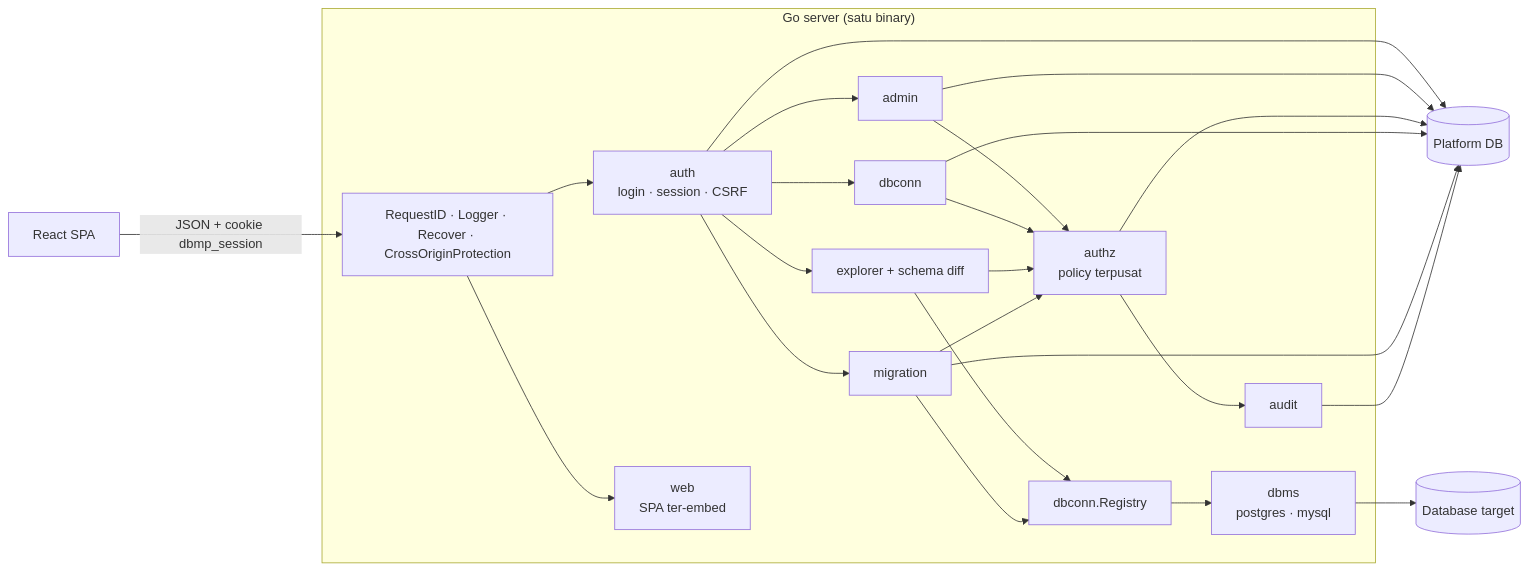
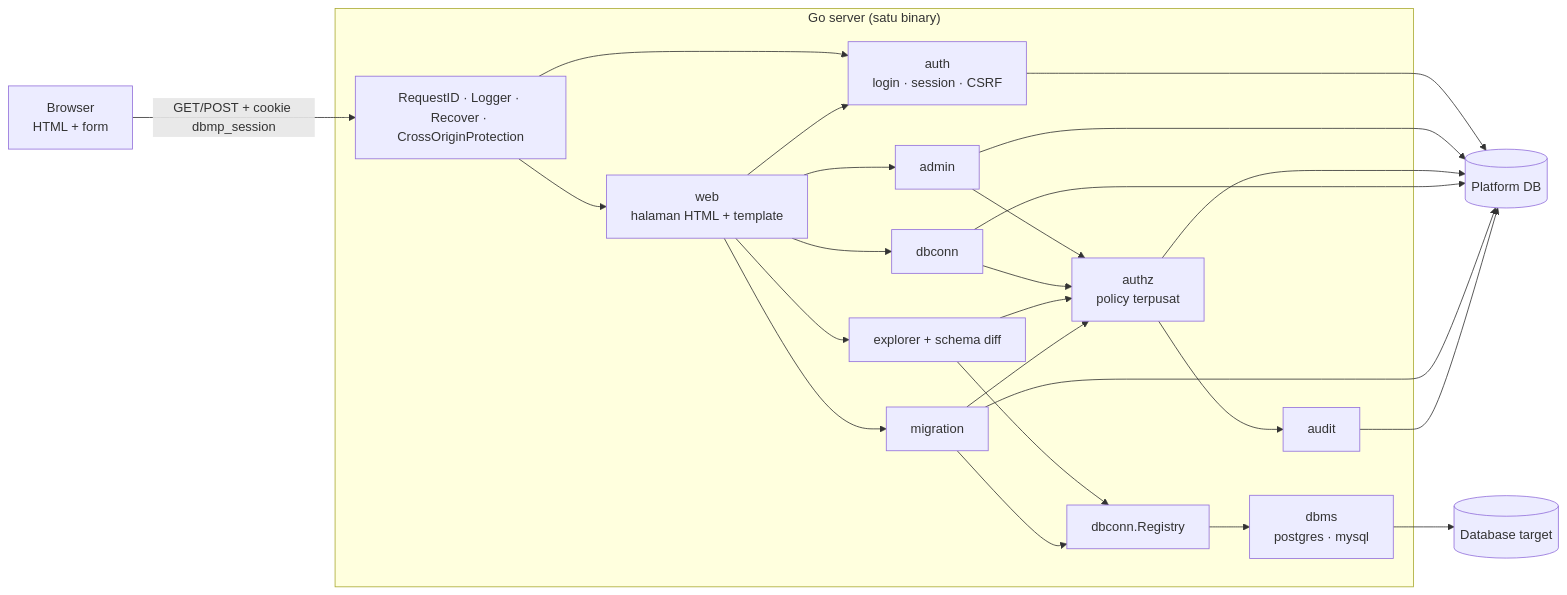
Before and after one commit to bangedaw/IF3110_K03_12: the diagram in docs/architecture.md, drawn with Mermaid. The commit also changed other lines of this file and 2 other files, not shown here.

Commit message:
docs: describe server-rendered architecture

````diff
--- a/docs/architecture.md
+++ b/docs/architecture.md
@@ -7,18 +9,19 @@
 ```mermaid
 flowchart LR
-    Browser[React SPA] -->|JSON + cookie dbmp_session| MW
+    Browser[Browser<br/>HTML + form] -->|GET/POST + cookie dbmp_session| MW
     subgraph Server["Go server (satu binary)"]
         MW[RequestID · Logger · Recover · CrossOriginProtection]
+        MW --> WEB[web<br/>halaman HTML + template]
         MW --> AUTH[auth<br/>login · session · CSRF]
-        MW --> SPA[web<br/>SPA ter-embed]
-        AUTH --> ADMIN[admin]
-        AUTH --> DBCONN[dbconn]
-        AUTH --> EXPL[explorer + schema diff]
-        AUTH --> MIG[migration]
+        WEB --> AUTH
+        WEB --> ADMIN[admin]
+        WEB --> DBCONN[dbconn]
+        WEB --> EXPL[explorer + schema diff]
+        WEB --> MIG[migration]
         ADMIN & DBCONN & EXPL & MIG --> AUTHZ[authz<br/>policy terpusat]
         AUTHZ --> AUDIT[audit]
         EXPL & MIG --> REG[dbconn.Registry] --> DBMS[dbms<br/>postgres · mysql]
     end
     AUTH & ADMIN & AUTHZ & DBCONN & MIG & AUDIT --> PDB[(Platform DB)]
     DBMS --> T[(Database target)]
 ```
````
